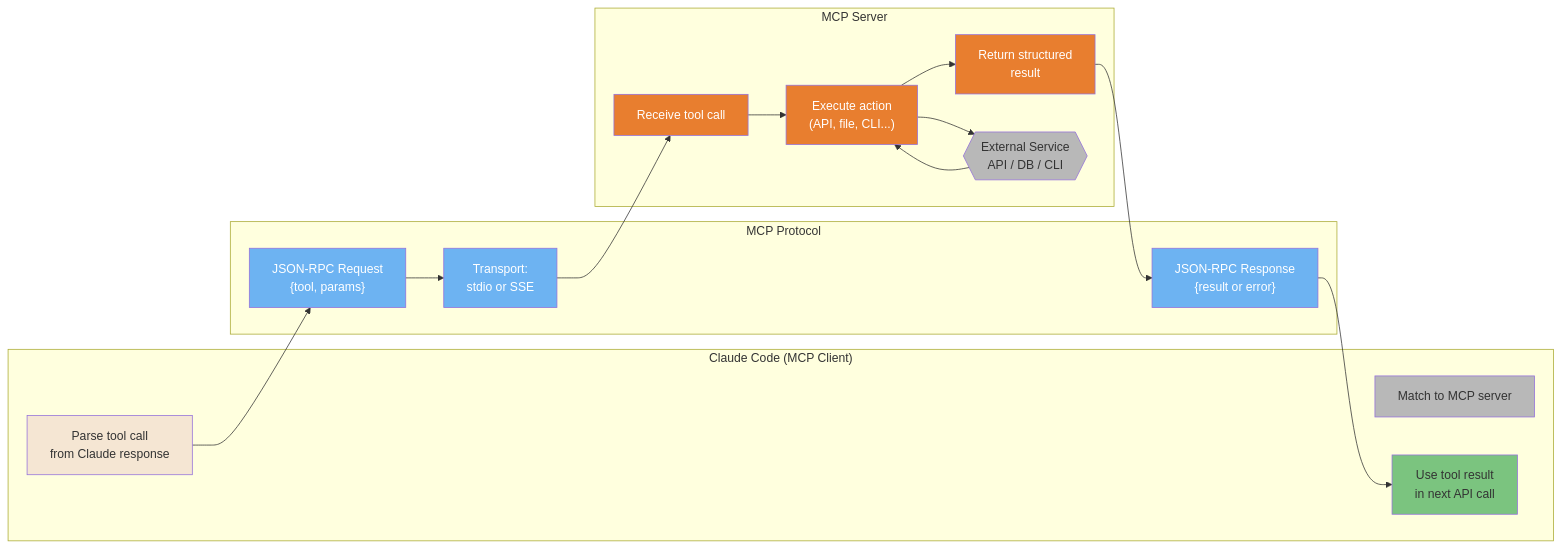
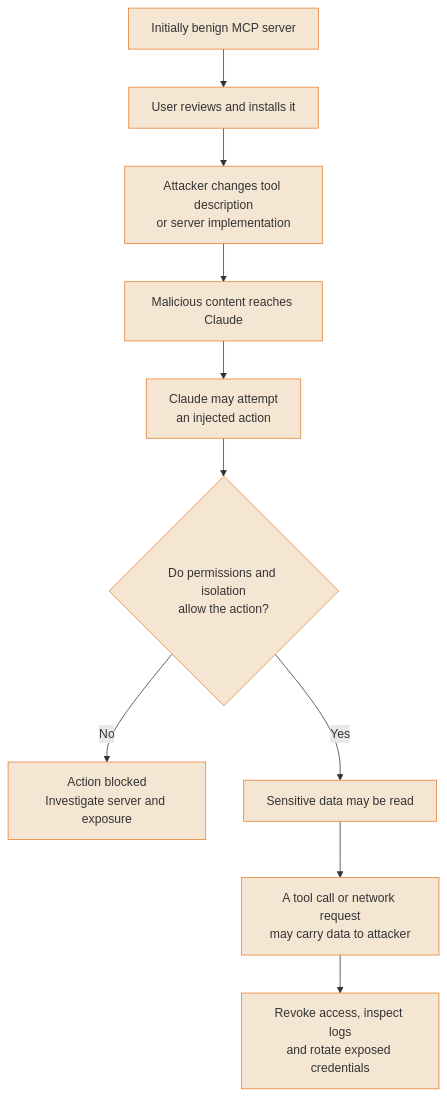
The third of 4 diagrams in guide/diagrams/05-mcp-ecosystem.md (FlorianBruniaux/claude-code-ultimate-guide), drawn with Mermaid before and after one commit. The commit also changed other lines of this file and 17 other files, not shown here.

Commit message:
docs: refresh all diagrams and correct their source guidance

````diff
--- a/guide/diagrams/05-mcp-ecosystem.md
+++ b/guide/diagrams/05-mcp-ecosystem.md
@@ -104,46 +122,23 @@
 ```mermaid
-flowchart LR
-    subgraph CLAUDE["Claude Code (MCP Client)"]
-        CC1["Parse tool call<br/>from Claude response"]
-        CC2["Match to MCP server"]
-        CC3["Use tool result<br/>in next API call"]
-    end
-
-    subgraph PROTO["MCP Protocol"]
-        P1["JSON-RPC Request<br/>{tool, params}"]
-        P2["Transport:<br/>stdio or SSE"]
-        P3["JSON-RPC Response<br/>{result or error}"]
-    end
-
-    subgraph SERVER["MCP Server"]
-        S1["Receive tool call"]
-        S2["Execute action<br/>(API, file, CLI...)"]
-        S3["Return structured<br/>result"]
-        EXT{{"External Service<br/>API / DB / CLI"}}
-    end
-
-    CC1 --> P1 --> P2 --> S1 --> S2 --> EXT
-    EXT --> S2 --> S3 --> P3 --> CC3
-
-    style CC1 fill:#F5E6D3,color:#333
-    style CC2 fill:#B8B8B8,color:#333
-    style CC3 fill:#7BC47F,color:#333
-    style P1 fill:#6DB3F2,color:#fff
-    style P2 fill:#6DB3F2,color:#fff
-    style P3 fill:#6DB3F2,color:#fff
-    style S1 fill:#E87E2F,color:#fff
-    style S2 fill:#E87E2F,color:#fff
-    style S3 fill:#E87E2F,color:#fff
-    style EXT fill:#B8B8B8,color:#333
-
-    click CC1 href "https://github.com/FlorianBruniaux/claude-code-ultimate-guide/blob/main/guide/ultimate-guide.md#81-what-is-mcp" "Parse tool call"
-    click CC2 href "https://github.com/FlorianBruniaux/claude-code-ultimate-guide/blob/main/guide/ultimate-guide.md#81-what-is-mcp" "Match to MCP server"
-    click CC3 href "https://github.com/FlorianBruniaux/claude-code-ultimate-guide/blob/main/guide/ultimate-guide.md#81-what-is-mcp" "Use tool result"
-    click P1 href "https://github.com/FlorianBruniaux/claude-code-ultimate-guide/blob/main/guide/ultimate-guide.md#81-what-is-mcp" "JSON-RPC Request"
-    click P2 href "https://github.com/FlorianBruniaux/claude-code-ultimate-guide/blob/main/guide/ultimate-guide.md#81-what-is-mcp" "Transport: stdio or SSE"
-    click P3 href "https://github.com/FlorianBruniaux/claude-code-ultimate-guide/blob/main/guide/ultimate-guide.md#81-what-is-mcp" "JSON-RPC Response"
-    click S1 href "https://github.com/FlorianBruniaux/claude-code-ultimate-guide/blob/main/guide/ultimate-guide.md#82-available-servers" "Receive tool call"
-    click S2 href "https://github.com/FlorianBruniaux/claude-code-ultimate-guide/blob/main/guide/ultimate-guide.md#82-available-servers" "Execute action"
-    click S3 href "https://github.com/FlorianBruniaux/claude-code-ultimate-guide/blob/main/guide/ultimate-guide.md#82-available-servers" "Return structured result"
-    click EXT href "https://github.com/FlorianBruniaux/claude-code-ultimate-guide/blob/main/guide/ultimate-guide.md#82-available-servers" "External Service"
+flowchart TD
+    BENIGN["Initially benign MCP server"] --> TRUST["User reviews and installs it"]
+    TRUST --> CHANGE["Attacker changes tool description<br/>or server implementation"]
+    CHANGE --> LOAD["Malicious content reaches Claude"]
+    LOAD --> TRY["Claude may attempt<br/>an injected action"]
+    TRY --> GATE{"Do permissions and isolation<br/>allow the action?"}
+    GATE -->|No| BLOCK["Action blocked<br/>Investigate server and exposure"]
+    GATE -->|Yes| READ["Sensitive data may be read"]
+    READ --> SEND["A tool call or network request<br/>may carry data to attacker"]
+    SEND --> RESPONSE["Revoke access, inspect logs<br/>and rotate exposed credentials"]
+    classDef default fill:#F5E6D3,color:#333,stroke:#E87E2F
+    click BENIGN href "https://github.com/FlorianBruniaux/claude-code-ultimate-guide/blob/main/guide/security/security-hardening.md#attack-mcp-rug-pull" "View this pattern in the guide"
+    click TRUST href "https://github.com/FlorianBruniaux/claude-code-ultimate-guide/blob/main/guide/security/security-hardening.md#attack-mcp-rug-pull" "View this pattern in the guide"
+    click CHANGE href "https://github.com/FlorianBruniaux/claude-code-ultimate-guide/blob/main/guide/security/security-hardening.md#attack-mcp-rug-pull" "View this pattern in the guide"
+    click LOAD href "https://github.com/FlorianBruniaux/claude-code-ultimate-guide/blob/main/guide/security/security-hardening.md#attack-mcp-rug-pull" "View this pattern in the guide"
+    click TRY href "https://github.com/FlorianBruniaux/claude-code-ultimate-guide/blob/main/guide/security/security-hardening.md#attack-mcp-rug-pull" "View this pattern in the guide"
+    click GATE href "https://github.com/FlorianBruniaux/claude-code-ultimate-guide/blob/main/guide/security/security-hardening.md#attack-mcp-rug-pull" "View this pattern in the guide"
+    click BLOCK href "https://github.com/FlorianBruniaux/claude-code-ultimate-guide/blob/main/guide/security/security-hardening.md#attack-mcp-rug-pull" "View this pattern in the guide"
+    click READ href "https://github.com/FlorianBruniaux/claude-code-ultimate-guide/blob/main/guide/security/security-hardening.md#attack-mcp-rug-pull" "View this pattern in the guide"
+    click SEND href "https://github.com/FlorianBruniaux/claude-code-ultimate-guide/blob/main/guide/security/security-hardening.md#attack-mcp-rug-pull" "View this pattern in the guide"
+    click RESPONSE href "https://github.com/FlorianBruniaux/claude-code-ultimate-guide/blob/main/guide/security/security-hardening.md#attack-mcp-rug-pull" "View this pattern in the guide"
 ```
````
